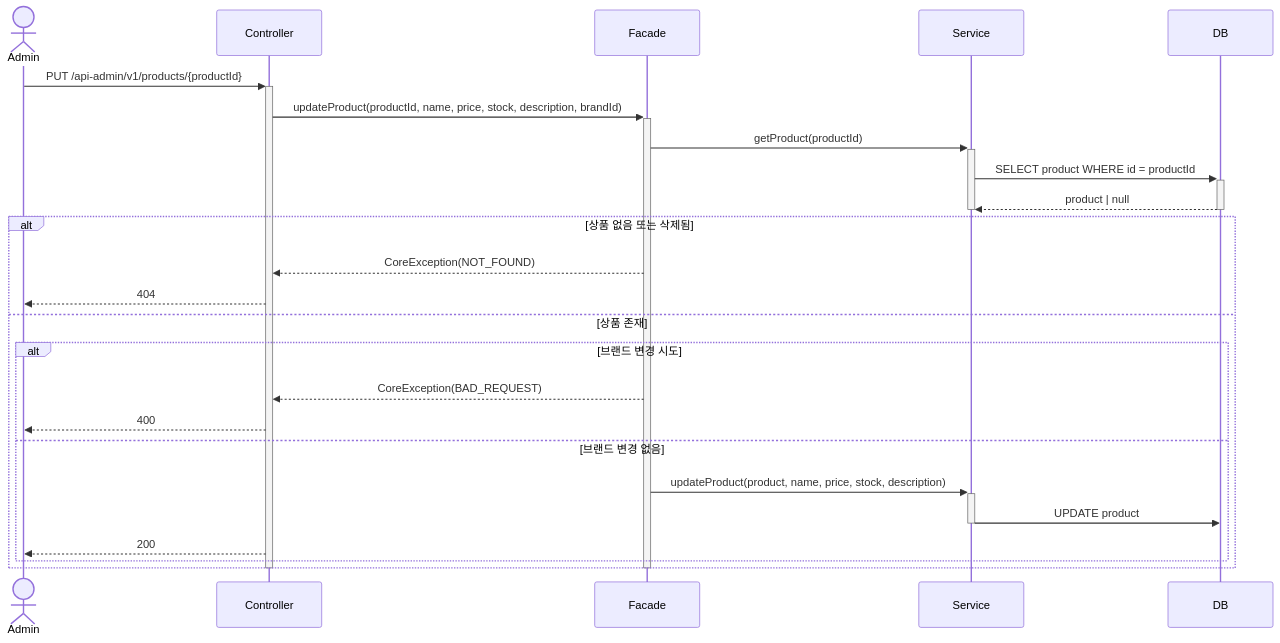
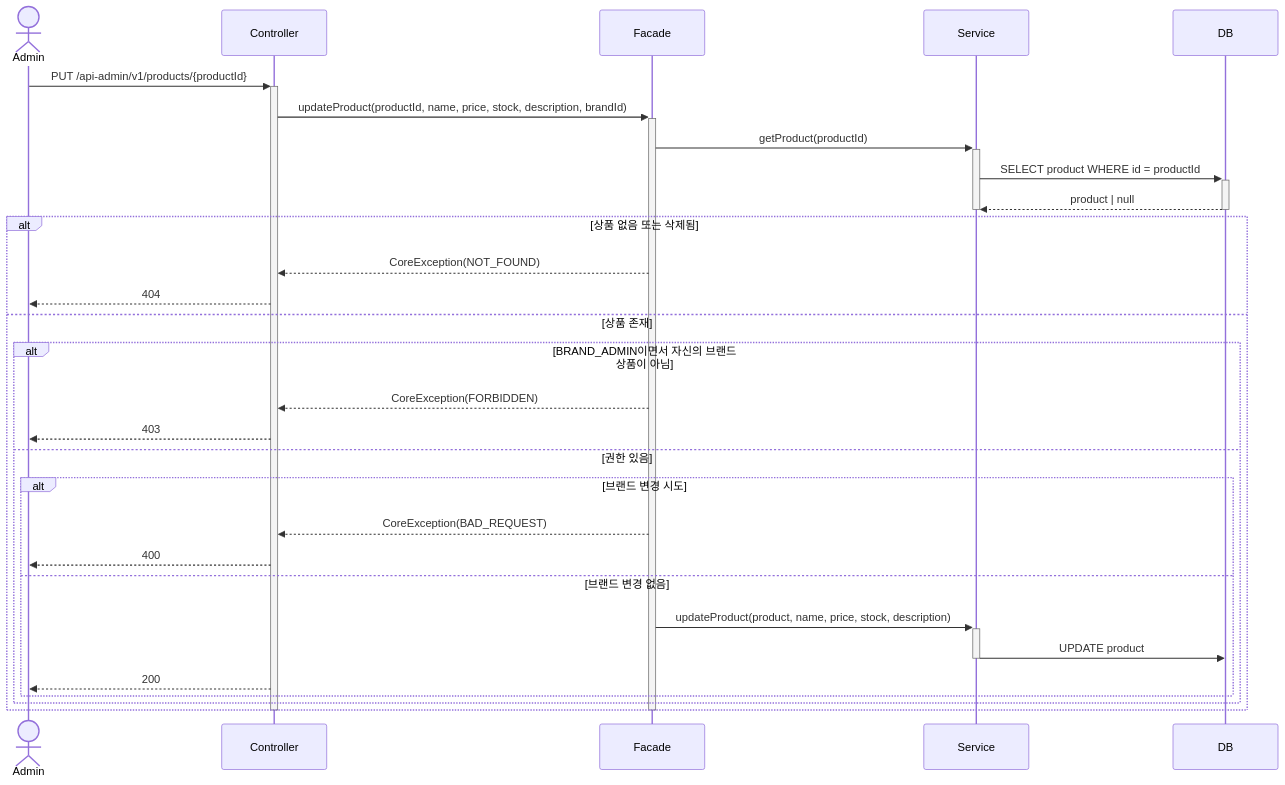
One commit to loopers-labs/loop-pack-be-l2-vol4-java changed diagram 18 of 21 in .docs/design/02-sequence-diagrams.md. Above: the diagram before and after it, drawn with Mermaid. The commit also changed other lines of this file and 3 other files, not shown here.

````diff
--- a/.docs/design/02-sequence-diagrams.md
+++ b/.docs/design/02-sequence-diagrams.md
@@ -528,32 +565,37 @@
 ```mermaid
 sequenceDiagram
     actor Admin
     participant Controller
     participant Facade
     participant Service
     participant DB
 
     Admin->>+Controller: PUT /api-admin/v1/products/{productId}
     Controller->>+Facade: updateProduct(productId, name, price, stock, description, brandId)
     Facade->>+Service: getProduct(productId)
     Service->>+DB: SELECT product WHERE id = productId
     DB-->>-Service: product | null
     deactivate Service
 
     alt 상품 없음 또는 삭제됨
         Facade-->>Controller: CoreException(NOT_FOUND)
         Controller-->>Admin: 404
     else 상품 존재
-        alt 브랜드 변경 시도
-            Facade-->>Controller: CoreException(BAD_REQUEST)
-            Controller-->>Admin: 400
-        else 브랜드 변경 없음
-            Facade->>+Service: updateProduct(product, name, price, stock, description)
-            Service->>DB: UPDATE product
-            deactivate Service
-            Controller-->>Admin: 200
+        alt BRAND_ADMIN이면서 자신의 브랜드 상품이 아님
+            Facade-->>Controller: CoreException(FORBIDDEN)
+            Controller-->>Admin: 403
+        else 권한 있음
+            alt 브랜드 변경 시도
+                Facade-->>Controller: CoreException(BAD_REQUEST)
+                Controller-->>Admin: 400
+            else 브랜드 변경 없음
+                Facade->>+Service: updateProduct(product, name, price, stock, description)
+                Service->>DB: UPDATE product
+                deactivate Service
+                Controller-->>Admin: 200
+            end
         end
     end
     deactivate Facade
     deactivate Controller
 ```
````
